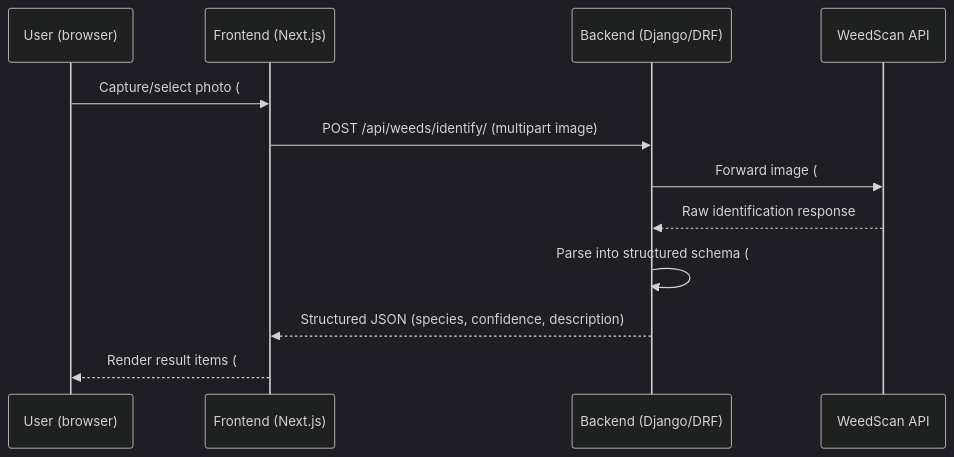
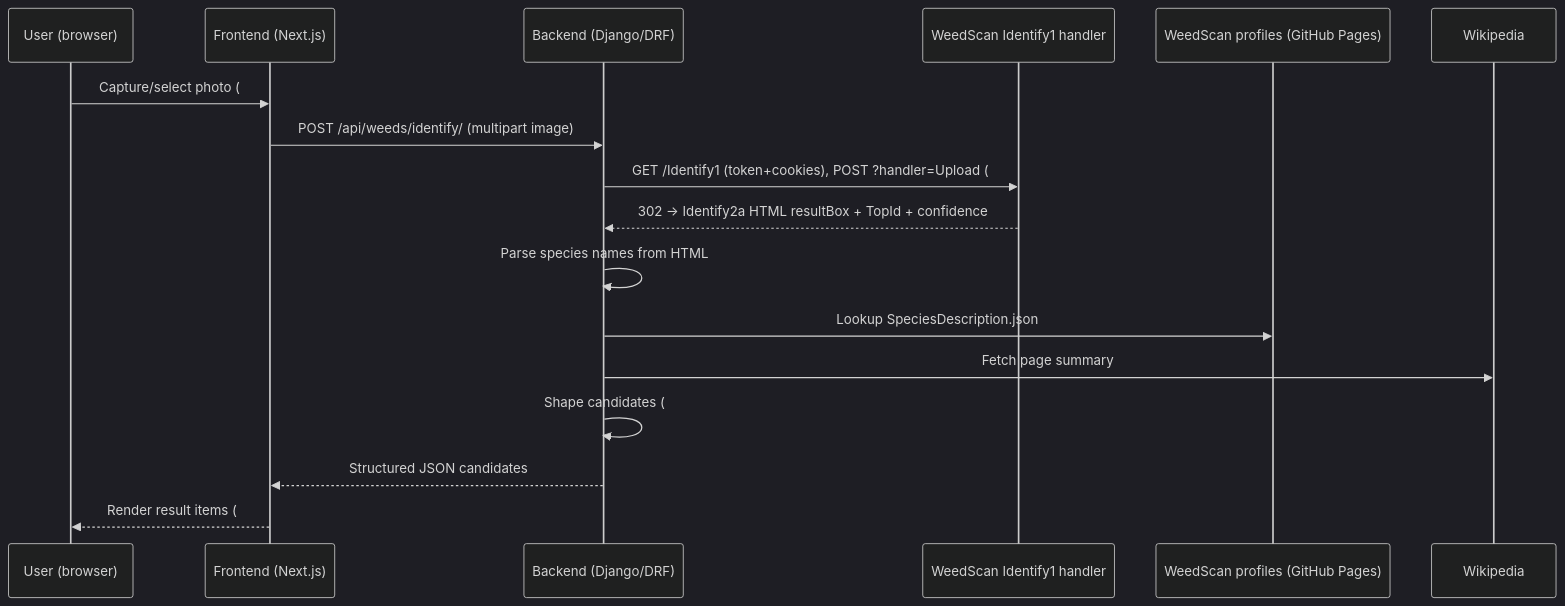
The diagram in AGENTS.md (zephris/cfc_tokenmaxxing), drawn with Mermaid (dark theme) before and after one commit. The commit also changed other lines of this file, not shown here.

````diff
--- a/AGENTS.md
+++ b/AGENTS.md
@@ -46,15 +54,20 @@
 ```mermaid
 sequenceDiagram
     participant U as User (browser)
     participant FE as Frontend (Next.js)
     participant BE as Backend (Django/DRF)
-    participant WS as WeedScan API
+    participant WS as WeedScan Identify1 handler
+    participant WP as WeedScan profiles (GitHub Pages)
+    participant WK as Wikipedia
 
     U->>FE: Capture/select photo (#8)
     FE->>BE: POST /api/weeds/identify/ (multipart image)
-    BE->>WS: Forward image (#9)
-    WS-->>BE: Raw identification response
-    BE->>BE: Parse into structured schema (#11), store WeedSighting
-    BE-->>FE: Structured JSON (species, confidence, description)
-    FE-->>U: Render result items (#11), cross-reference menu (#10)
+    BE->>WS: GET /Identify1 (token+cookies), POST ?handler=Upload (#9)
+    WS-->>BE: 302 -> Identify2a HTML resultBox + TopId + confidence
+    BE->>BE: Parse species names from HTML
+    BE->>WP: Lookup SpeciesDescription.json
+    BE->>WK: Fetch page summary
+    BE->>BE: Shape candidates (#11), store WeedSighting
+    BE-->>FE: Structured JSON candidates
+    FE-->>U: Render result items (#11), confirm/correct menu (#10)
 ```
````
